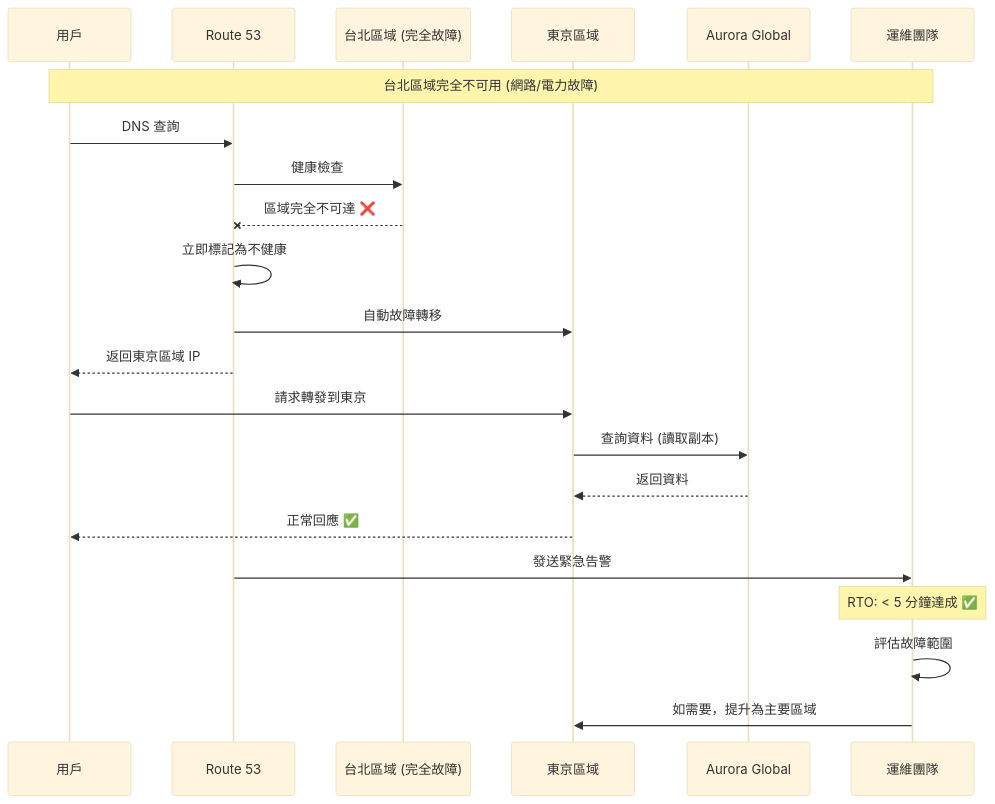
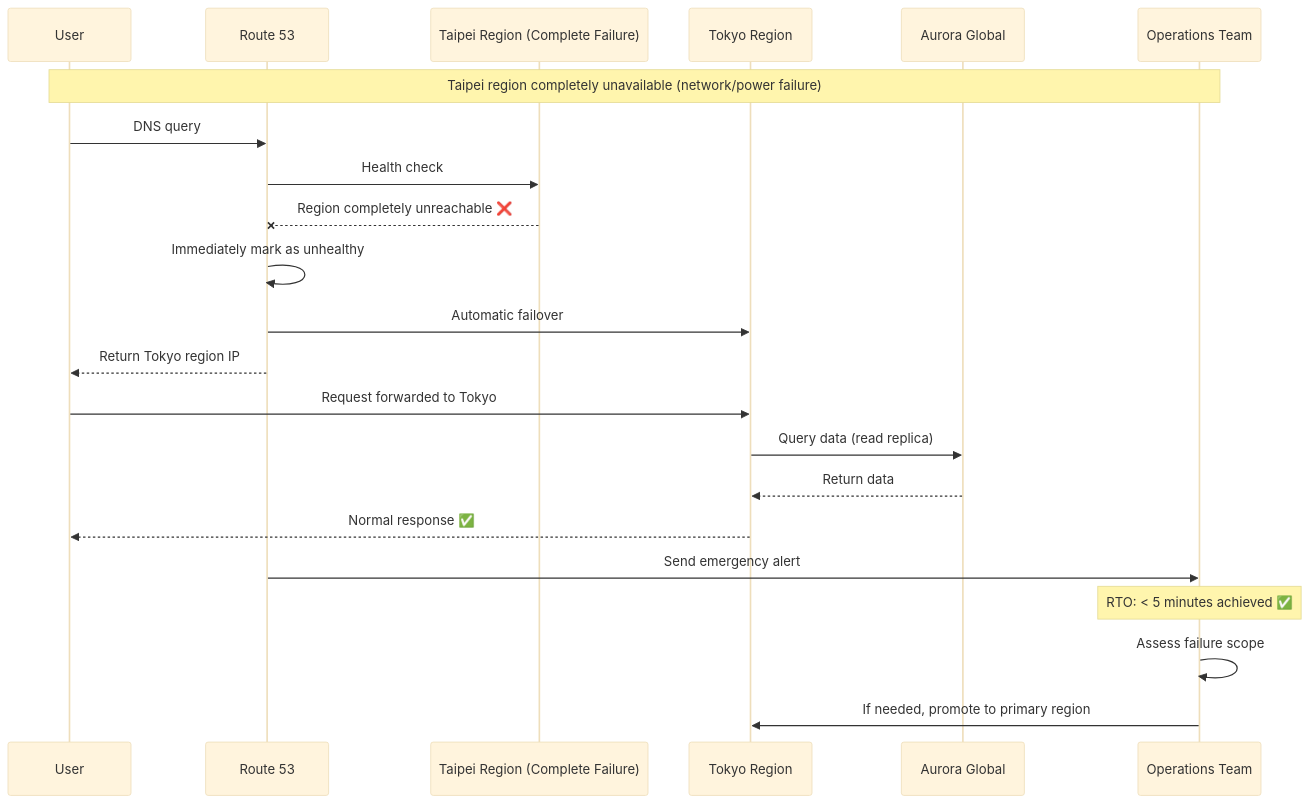
One commit to humank/genai-demo changed the seventh of 11 diagrams in docs/viewpoints/operational/dns-disaster-recovery.md. Above: the diagram before and after it, drawn with Mermaid (base theme). The commit also changed other lines of this file and 453 other files, not shown here.

First line of the commit message:
feat: Complete translation of key architecture and API documentation

````diff
--- a/docs/viewpoints/operational/dns-disaster-recovery.md
+++ b/docs/viewpoints/operational/dns-disaster-recovery.md
@@ -382,30 +382,30 @@
 ```mermaid
 sequenceDiagram
-    participant User as 用戶
+    participant User as User
     participant Route53 as Route 53
-    participant Primary as 台北區域 (完全故障)
-    participant Secondary as 東京區域
+    participant Primary as Taipei Region (Complete Failure)
+    participant Secondary as Tokyo Region
     participant RDS as Aurora Global
-    participant Ops as 運維團隊
+    participant Ops as Operations Team
     
-    Note over User,Ops: 台北區域完全不可用 (網路/電力故障)
+    Note over User,Ops: Taipei region completely unavailable (network/power failure)
     
-    User->>Route53: DNS 查詢
-    Route53->>Primary: 健康檢查
-    Primary--xRoute53: 區域完全不可達 ❌
+    User->>Route53: DNS query
+    Route53->>Primary: Health check
+    Primary--xRoute53: Region completely unreachable ❌
     
-    Route53->>Route53: 立即標記為不健康
-    Route53->>Secondary: 自動故障轉移
-    Route53-->>User: 返回東京區域 IP
+    Route53->>Route53: Immediately mark as unhealthy
+    Route53->>Secondary: Automatic failover
+    Route53-->>User: Return Tokyo region IP
     
-    User->>Secondary: 請求轉發到東京
-    Secondary->>RDS: 查詢資料 (讀取副本)
-    RDS-->>Secondary: 返回資料
-    Secondary-->>User: 正常回應 ✅
+    User->>Secondary: Request forwarded to Tokyo
+    Secondary->>RDS: Query data (read replica)
+    RDS-->>Secondary: Return data
+    Secondary-->>User: Normal response ✅
     
-    Route53->>Ops: 發送緊急告警
-    Note over Ops: RTO: < 5 分鐘達成 ✅
+    Route53->>Ops: Send emergency alert
+    Note over Ops: RTO: < 5 minutes achieved ✅
     
-    Ops->>Ops: 評估故障範圍
-    Ops->>Secondary: 如需要，提升為主要區域
+    Ops->>Ops: Assess failure scope
+    Ops->>Secondary: If needed, promote to primary region
 ```
````
